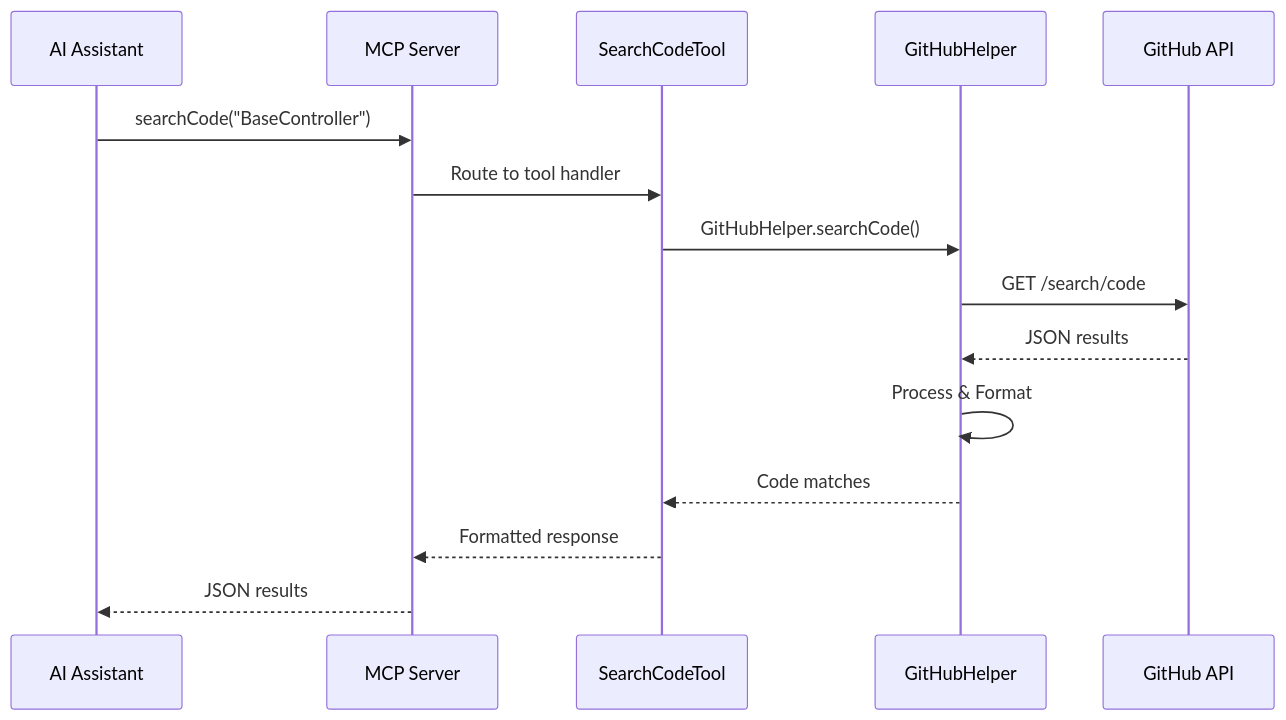
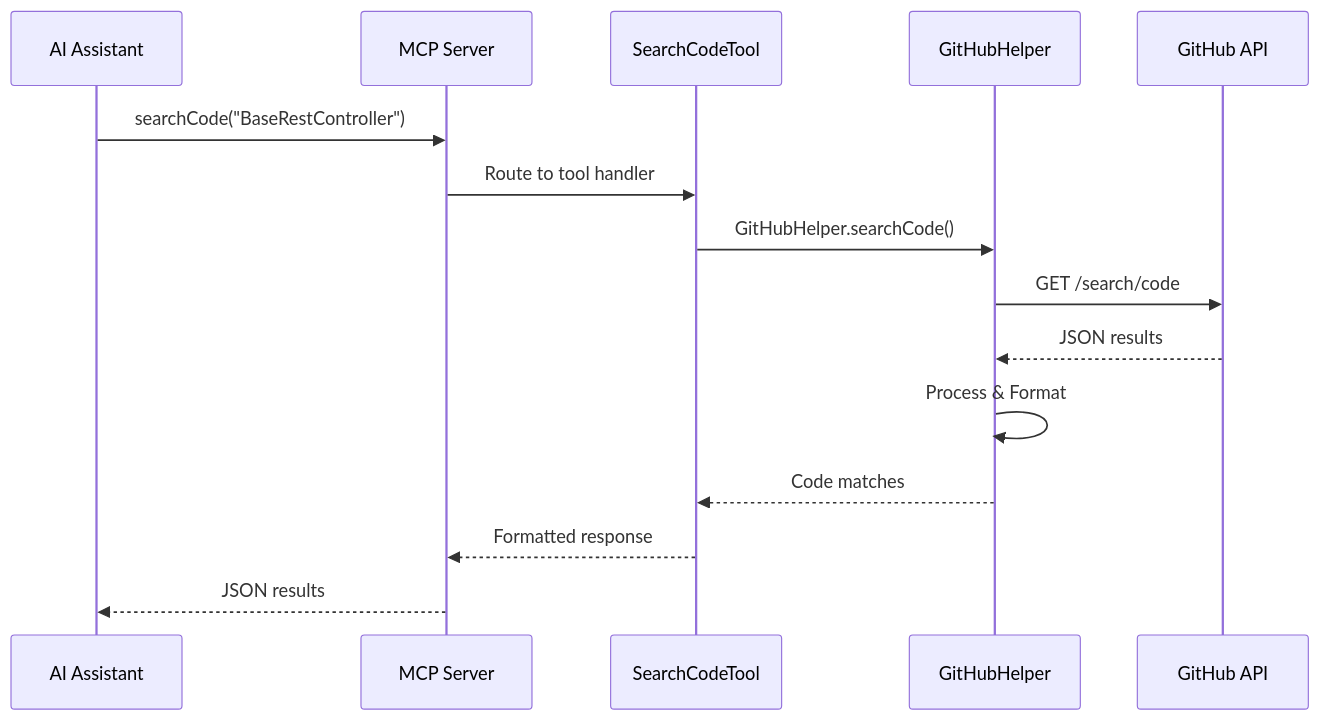
Before and after one commit to VENIZIA-AI/ignis: the third of 5 diagrams in docs/wiki/content/extensions/src-details/mcp-server.md, drawn with Mermaid. The commit also changed other lines of this file and 142 other files, not shown here.

````diff
--- a/docs/wiki/content/extensions/src-details/mcp-server.md
+++ b/docs/wiki/content/extensions/src-details/mcp-server.md
@@ -93,18 +93,18 @@
 ```mermaid
 sequenceDiagram
     participant AI as AI Assistant
     participant MCP as MCP Server
     participant Tool as SearchCodeTool
     participant Helper as GitHubHelper
     participant API as GitHub API
 
-    AI->>MCP: searchCode("BaseController")
+    AI->>MCP: searchCode("BaseRestController")
     MCP->>Tool: Route to tool handler
     Tool->>Helper: GitHubHelper.searchCode()
     Helper->>API: GET /search/code
     API-->>Helper: JSON results
     Helper->>Helper: Process & Format
     Helper-->>Tool: Code matches
     Tool-->>MCP: Formatted response
     MCP-->>AI: JSON results
 ```
````
